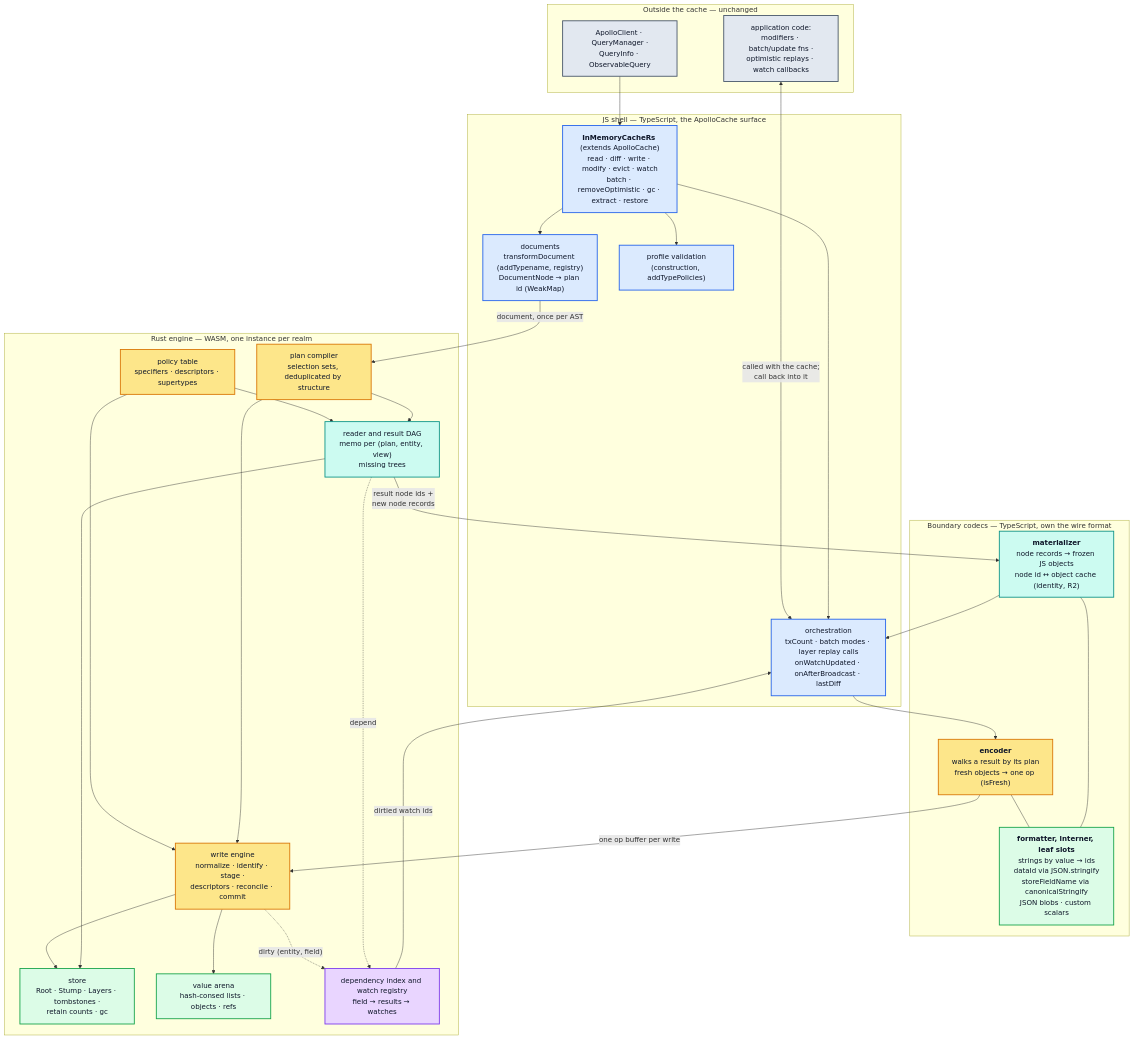
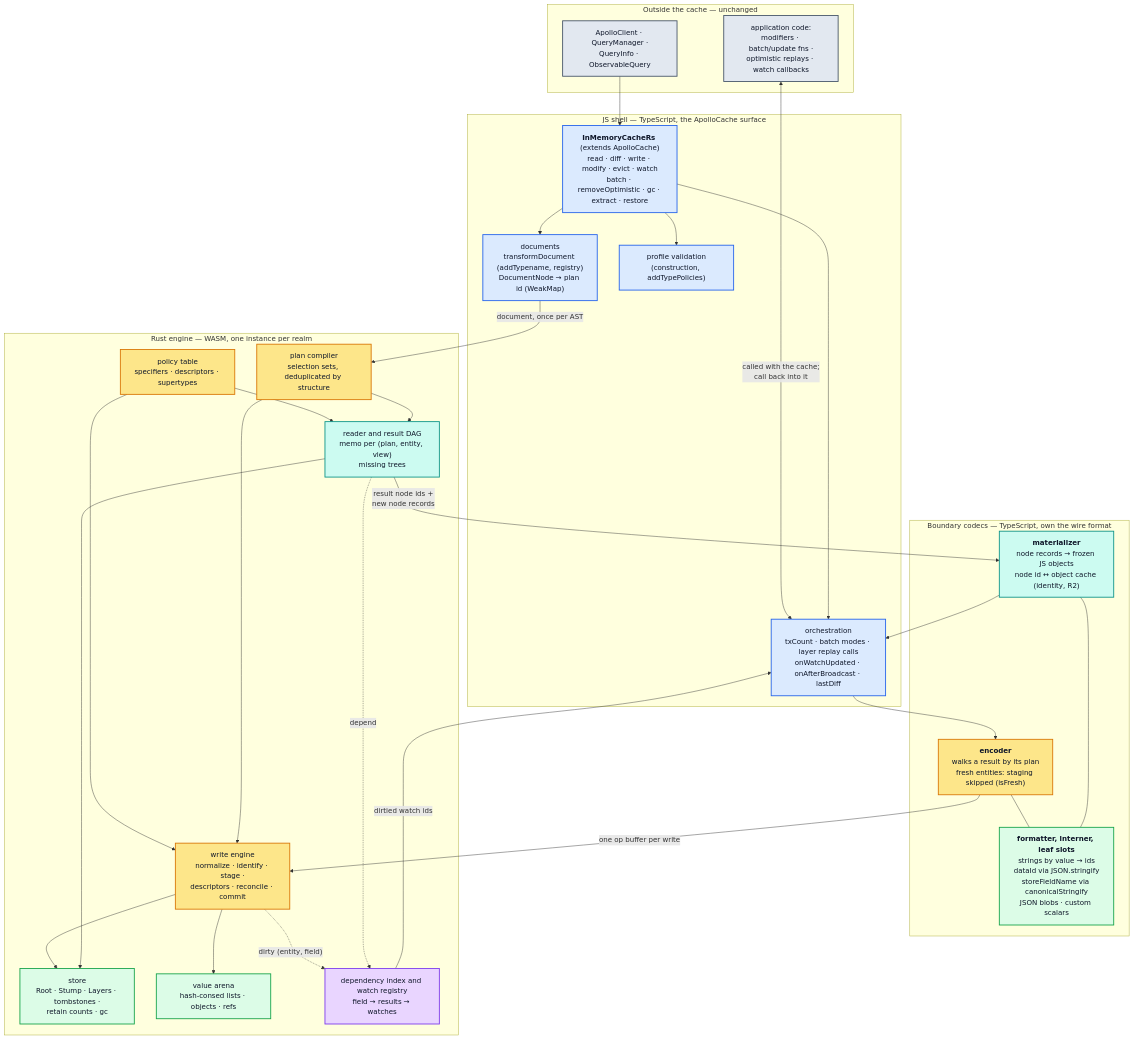
Before and after one commit to convict-git/fast-gql-cache-rs: the first of 2 diagrams in docs/adr/0004-declarative-policies-rust-engine.md, drawn with Mermaid. The commit also changed other lines of this file and 3 other files, not shown here.

````diff
--- a/docs/adr/0004-declarative-policies-rust-engine.md
+++ b/docs/adr/0004-declarative-policies-rust-engine.md
@@ -168,60 +191,60 @@
 ```mermaid
 flowchart TB
     subgraph outside["Outside the cache — unchanged"]
         AC["ApolloClient · QueryManager ·<br/>QueryInfo · ObservableQuery"]:::ext
         APP["application code:<br/>modifiers · batch/update fns ·<br/>optimistic replays · watch callbacks"]:::ext
     end
 
     subgraph shell["JS shell — TypeScript, the ApolloCache surface"]
         API["<b>InMemoryCacheRs</b> (extends ApolloCache)<br/>read · diff · write · modify · evict · watch<br/>batch · removeOptimistic · gc · extract · restore"]:::api
         ORCH["orchestration<br/>txCount · batch modes · layer replay calls<br/>onWatchUpdated · onAfterBroadcast · lastDiff"]:::api
         DOC["documents<br/>transformDocument (addTypename, registry)<br/>DocumentNode → plan id (WeakMap)"]:::api
         VAL["profile validation<br/>(construction, addTypePolicies)"]:::api
     end
 
     subgraph codecs["Boundary codecs — TypeScript, own the wire format"]
-        ENC["<b>encoder</b><br/>walks a result by its plan<br/>fresh objects → one op (isFresh)"]:::write
+        ENC["<b>encoder</b><br/>walks a result by its plan<br/>fresh entities: staging skipped (isFresh)"]:::write
         MAT["<b>materializer</b><br/>node records → frozen JS objects<br/>node id ↔ object cache (identity, R2)"]:::read
         FMT["<b>formatter, interner, leaf slots</b><br/>strings by value → ids<br/>dataId via JSON.stringify<br/>storeFieldName via canonicalStringify<br/>JSON blobs · custom scalars"]:::store
     end
 
     subgraph rust["Rust engine — WASM, one instance per realm"]
         POL["policy table<br/>specifiers · descriptors · supertypes"]:::write
         PLAN["plan compiler<br/>selection sets, deduplicated by structure"]:::write
         WR["write engine<br/>normalize · identify · stage ·<br/>descriptors · reconcile · commit"]:::write
         ST["store<br/>Root · Stump · Layers · tombstones ·<br/>retain counts · gc"]:::store
         VAL2["value arena<br/>hash-consed lists · objects · refs"]:::store
         RD["reader and result DAG<br/>memo per (plan, entity, view)<br/>missing trees"]:::read
         DEP["dependency index and watch registry<br/>field → results → watches"]:::memo
     end
 
     AC --> API
     APP <-->|"called with the cache;<br/>call back into it"| ORCH
     API --> ORCH
     API --> DOC
     API --> VAL
     DOC -->|"document, once per AST"| PLAN
     ORCH --> ENC
     ENC -->|"one op buffer per write"| WR
     ENC --- FMT
     MAT --- FMT
     WR --> ST
     WR --> VAL2
     WR -.->|"dirty (entity, field)"| DEP
     RD --> ST
     RD -.->|"depend"| DEP
     POL --> WR
     POL --> RD
     PLAN --> WR
     PLAN --> RD
     DEP -->|"dirtied watch ids"| ORCH
     RD -->|"result node ids +<br/>new node records"| MAT
     MAT --> ORCH
 
     classDef api fill:#dbeafe,stroke:#2563eb,stroke-width:2px,color:#0f172a
     classDef read fill:#ccfbf1,stroke:#0d9488,stroke-width:2px,color:#0f172a
     classDef write fill:#fde68a,stroke:#d97706,stroke-width:2px,color:#0f172a
     classDef store fill:#dcfce7,stroke:#16a34a,stroke-width:2px,color:#0f172a
     classDef memo fill:#e9d5ff,stroke:#7c3aed,stroke-width:2px,color:#0f172a
     classDef ext fill:#e2e8f0,stroke:#475569,stroke-width:2px,color:#0f172a
 ```
````
